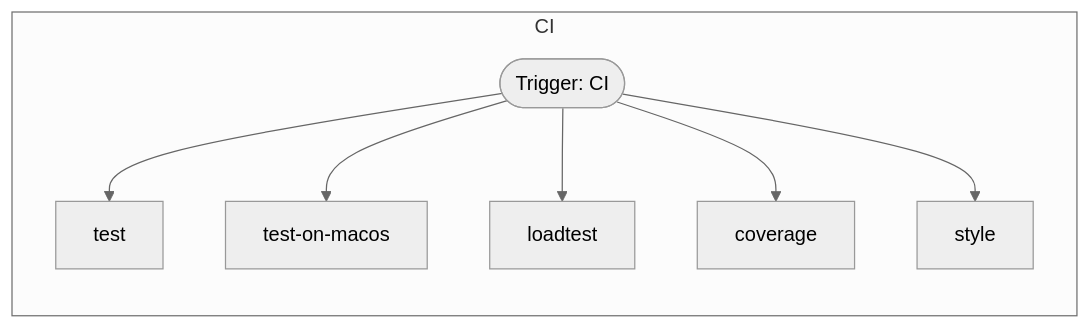
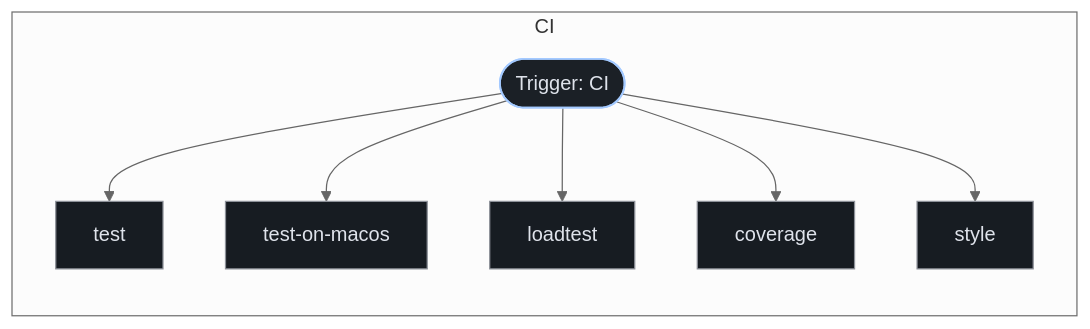
The diagram in exports/latest/reports/supabase-pg_net-report.md (kumarshaz/atruss-code-atlas), drawn with Mermaid (neutral theme) before and after one commit. The commit also changed 331 other files, not shown here.

Commit message:
docs,ui,fix: update SDLC docs, reorder CI/CD DAG first, stylize Mermaid, and fix Arc42 pipeline topology

````diff
--- a/exports/latest/reports/supabase-pg_net-report.md
+++ b/exports/latest/reports/supabase-pg_net-report.md
@@ -54,17 +54,24 @@
 ```mermaid
 graph TD;
+  classDef atlasRoot fill:#004882,stroke:#a3c9ff,stroke-width:2px,color:#d3e4ff
+  classDef atlasCategory fill:#212428,stroke:#E87A48,stroke-width:1.5px,color:#dfe3eb
+  classDef atlasWorkflow fill:#1b2026,stroke:#a3c9ff,stroke-width:1.5px,color:#dfe3eb
+  classDef atlasJob fill:#171c22,stroke:#8d9199,stroke-width:1px,color:#dfe3eb
+  classDef atlasTarget fill:#005227,stroke:#8bd99b,stroke-width:1.5px,color:#a7f6b6
+  classDef atlasAlert fill:#93000a,stroke:#ffb4ab,stroke-width:1.5px,color:#ffdad6
+  classDef atlasMore fill:#252a31,stroke:#8d9199,stroke-dasharray:4 4,color:#c3c6cf
   subgraph CI_0["CI"]
     direction TB
-    0_test["test"]
-    0_test_on_macos["test-on-macos"]
-    0_loadtest["loadtest"]
-    0_coverage["coverage"]
-    0_style["style"]
-    wf_entry_0(["Trigger: CI"])
+    0_test["test"]:::atlasJob
+    0_test_on_macos["test-on-macos"]:::atlasJob
+    0_loadtest["loadtest"]:::atlasJob
+    0_coverage["coverage"]:::atlasJob
+    0_style["style"]:::atlasJob
+    wf_entry_0(["Trigger: CI"]):::atlasWorkflow
     wf_entry_0 --> 0_test
     wf_entry_0 --> 0_test_on_macos
     wf_entry_0 --> 0_loadtest
     wf_entry_0 --> 0_coverage
     wf_entry_0 --> 0_style
   end
 ```
````
